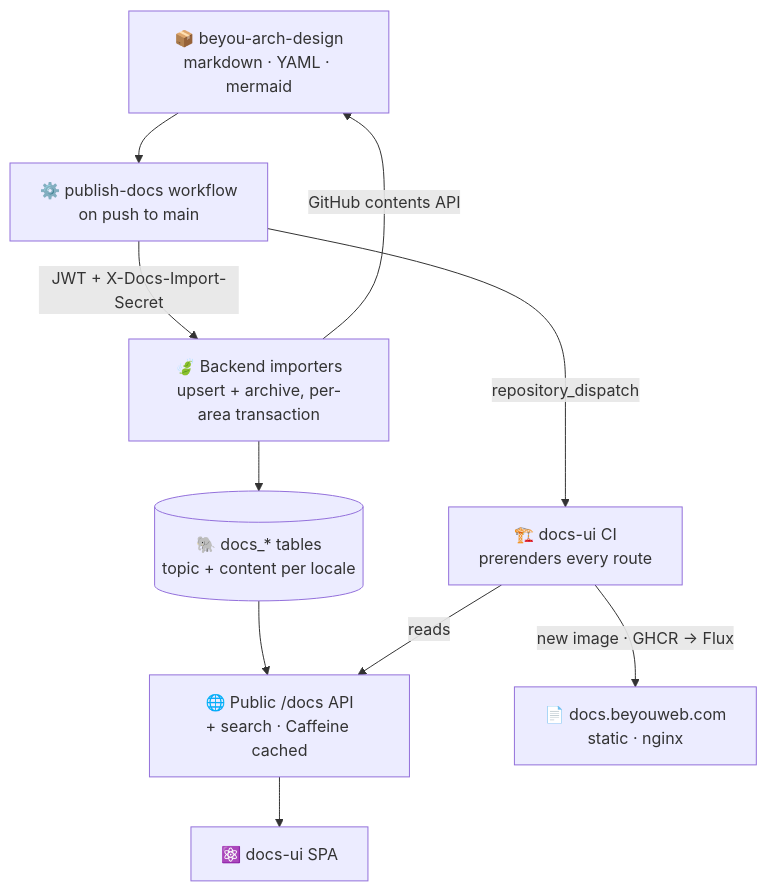
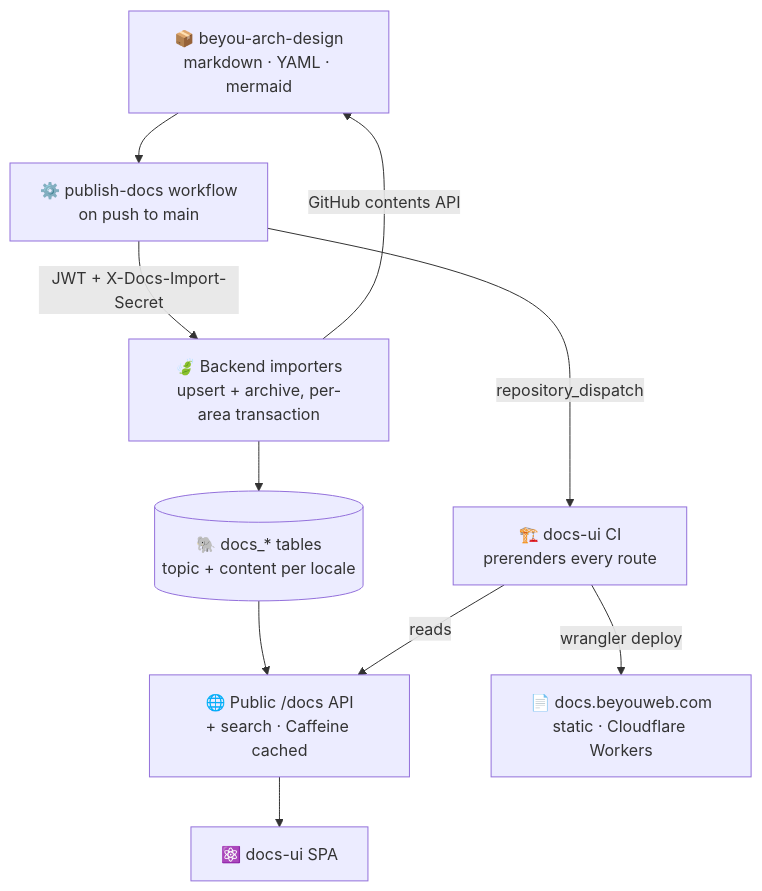
The diagram in architecture/docs-system/diagram.mmd (AndDev741/Beyou-arch-design), drawn with Mermaid before and after one commit. The commit also changed 25 other files, not shown here.

```diff
--- a/architecture/docs-system/diagram.mmd
+++ b/architecture/docs-system/diagram.mmd
@@ -1,19 +1,19 @@
 flowchart TD
   GH["📦 beyou-arch-design<br/>markdown · YAML · mermaid"]
   WF["⚙️ publish-docs workflow<br/>on push to main"]
   BE["🍃 Backend importers<br/>upsert + archive, per-area transaction"]
   DB[("🐘 docs_* tables<br/>topic + content per locale")]
   API["🌐 Public /docs API<br/>+ search · Caffeine cached"]
   UI["⚛️ docs-ui SPA"]
   CI["🏗️ docs-ui CI<br/>prerenders every route"]
-  LIVE["📄 docs.beyouweb.com<br/>static · nginx"]
+  LIVE["📄 docs.beyouweb.com<br/>static · Cloudflare Workers"]
 
   GH --> WF
   WF -->|"JWT + X-Docs-Import-Secret"| BE
   BE -->|"GitHub contents API"| GH
   BE --> DB
   DB --> API
   API --> UI
   WF -->|"repository_dispatch"| CI
   CI -->|"reads"| API
-  CI -->|"new image · GHCR → Flux"| LIVE
+  CI -->|"wrangler deploy"| LIVE
```
